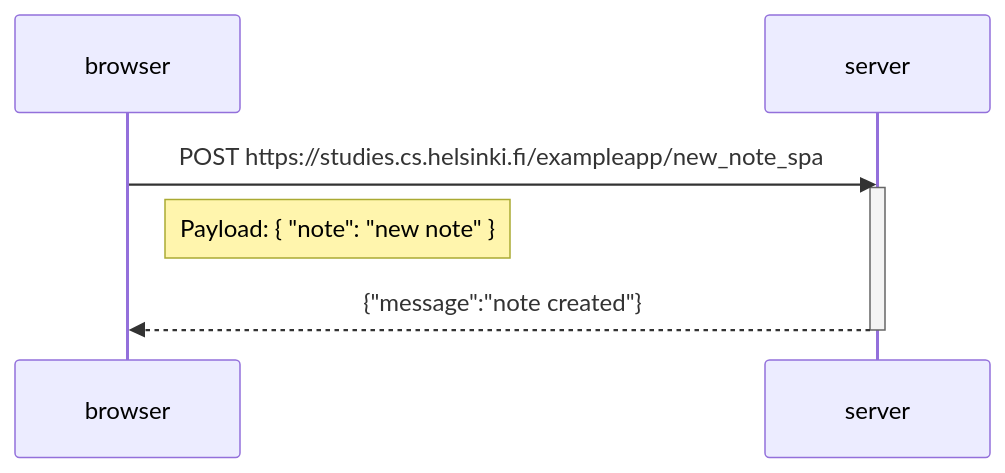
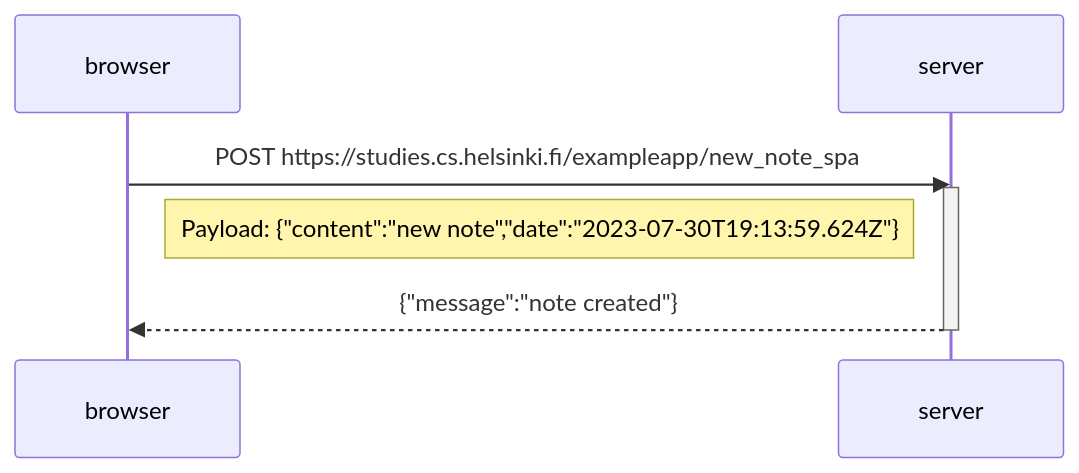
One commit to Agneypraseed/fullstackopen changed the diagram in part0/New note in Single page app diagram.md. Above: the diagram before and after it, drawn with Mermaid. The commit also changed 2 other files, not shown here.

Commit message:
Part 0 exc done

````diff
--- a/part0/New note in Single page app diagram.md
+++ b/part0/New note in Single page app diagram.md
@@ -1,14 +1,14 @@
 ```mermaid
 
 sequenceDiagram
     participant browser
     participant server    
 
     browser->>server: POST https://studies.cs.helsinki.fi/exampleapp/new_note_spa    
     activate server    
-    Note right of browser: Payload: { "note": "new note" }
+    Note right of browser: Payload: {"content":"new note","date":"2023-07-30T19:13:59.624Z"}
     server-->>browser: {"message":"note created"}
     deactivate server   
 
 
 ```
````
